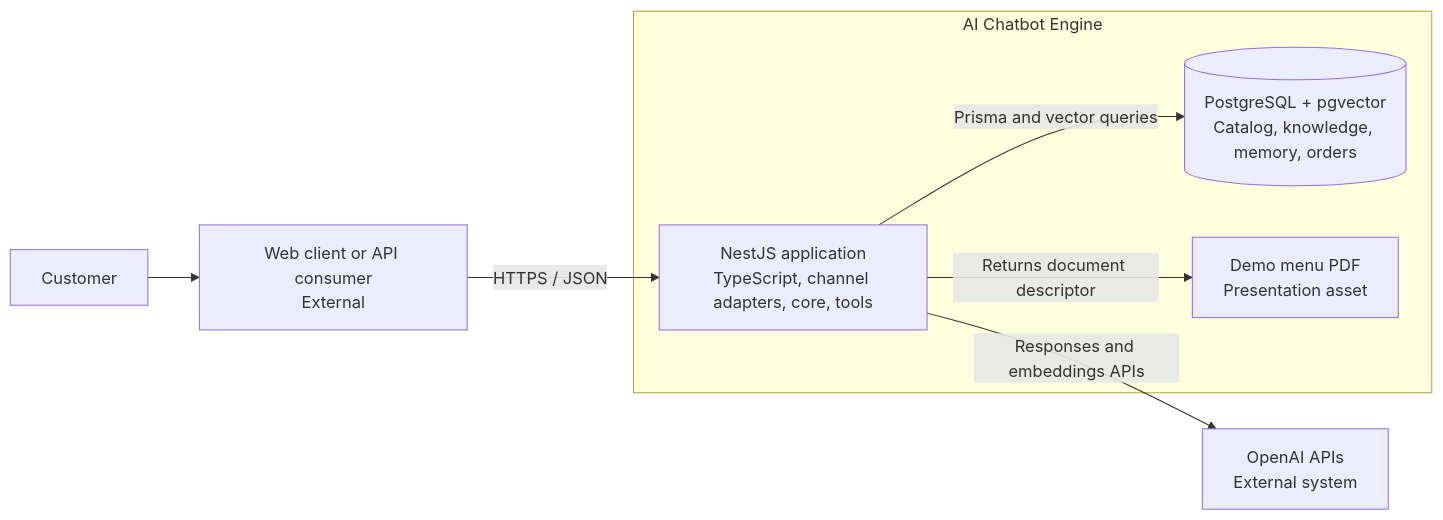
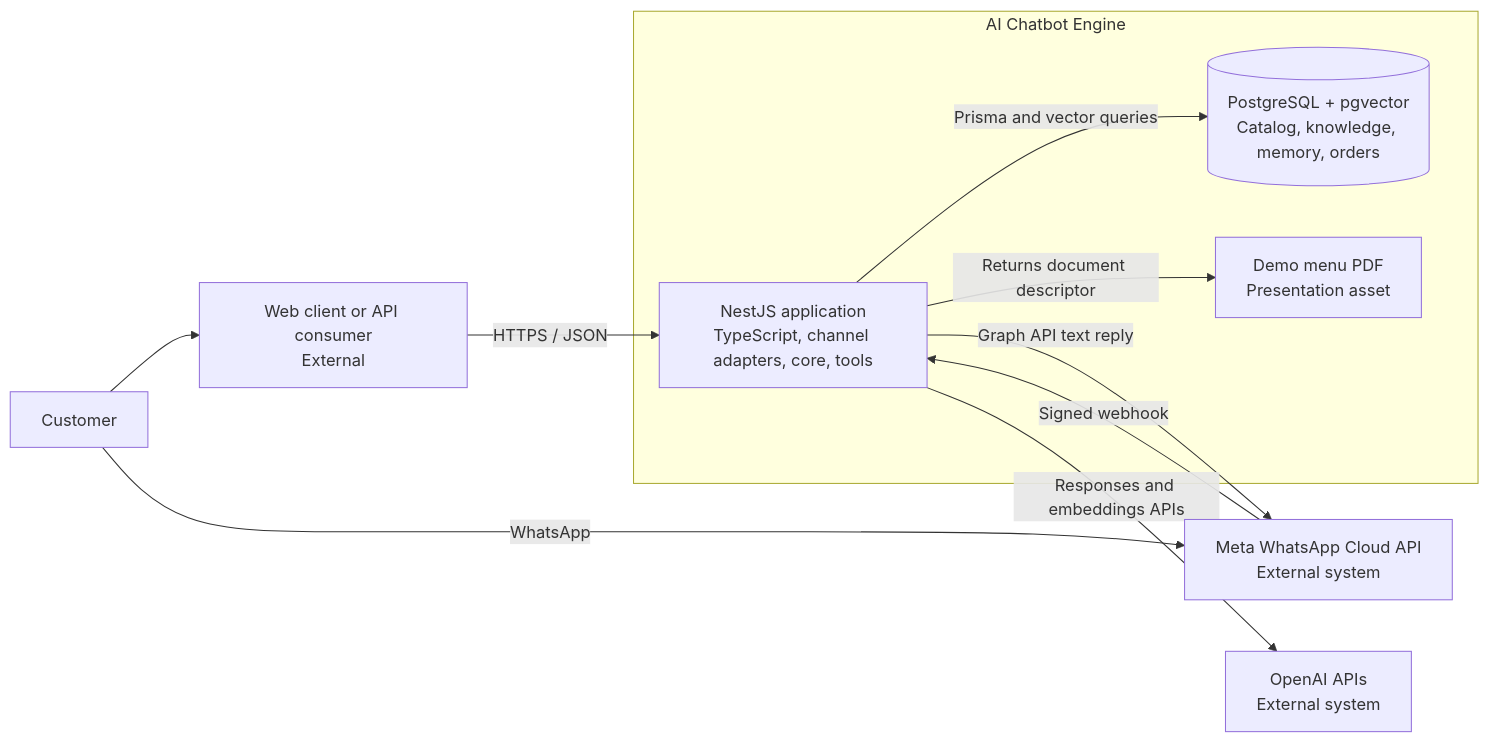
One commit to juanjosechiroque/nestjs-multichannel-ai-chatbot-engine changed the second of 5 diagrams in ARCHITECTURE.md. Above: the diagram before and after it, drawn with Mermaid. The commit also changed other lines of this file and 24 other files, not shown here.

````diff
--- a/ARCHITECTURE.md
+++ b/ARCHITECTURE.md
@@ -54,18 +56,22 @@
 ```mermaid
 flowchart LR
     customer["Customer"]
     client["Web client or API consumer<br/>External"]
+    meta["Meta WhatsApp Cloud API<br/>External system"]
     openai["OpenAI APIs<br/>External system"]
 
     subgraph engine["AI Chatbot Engine"]
         api["NestJS application<br/>TypeScript, channel adapters, core, tools"]
         database[("PostgreSQL + pgvector<br/>Catalog, knowledge, memory, orders")]
         menu["Demo menu PDF<br/>Presentation asset"]
     end
 
     customer --> client
     client -->|"HTTPS / JSON"| api
+    customer -->|"WhatsApp"| meta
+    meta -->|"Signed webhook"| api
+    api -->|"Graph API text reply"| meta
     api -->|"Prisma and vector queries"| database
     api -->|"Responses and embeddings APIs"| openai
     api -->|"Returns document descriptor"| menu
 ```
````
